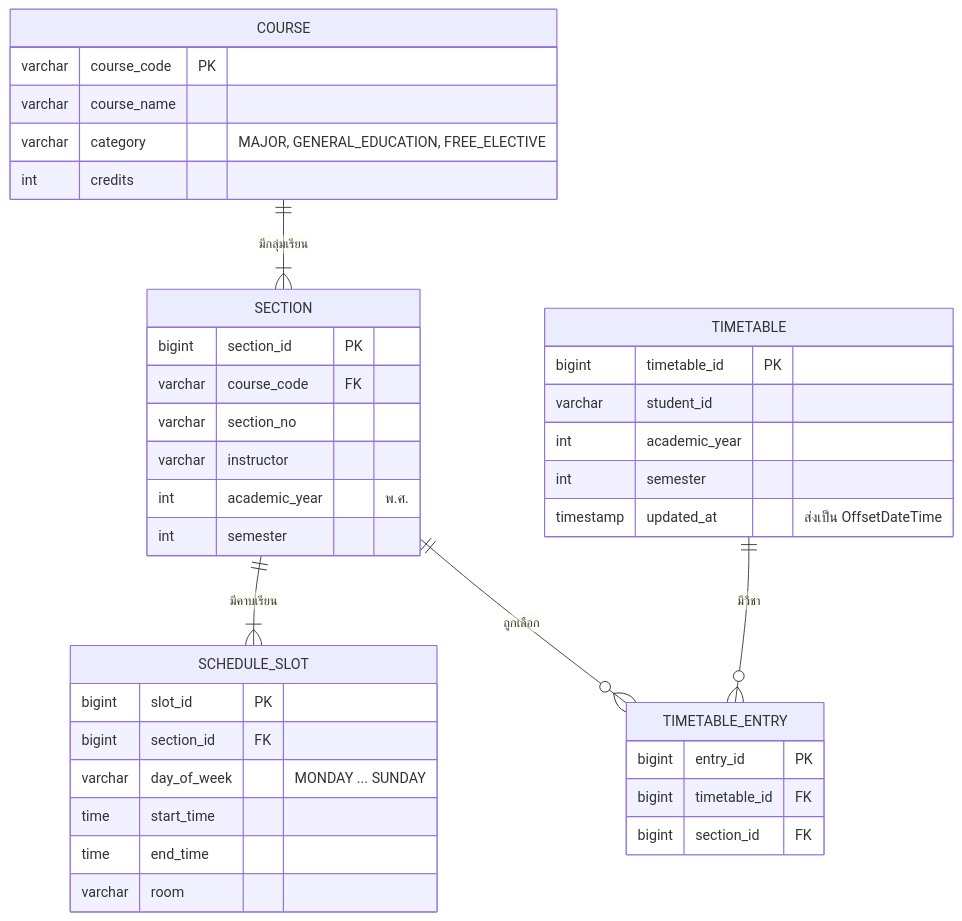
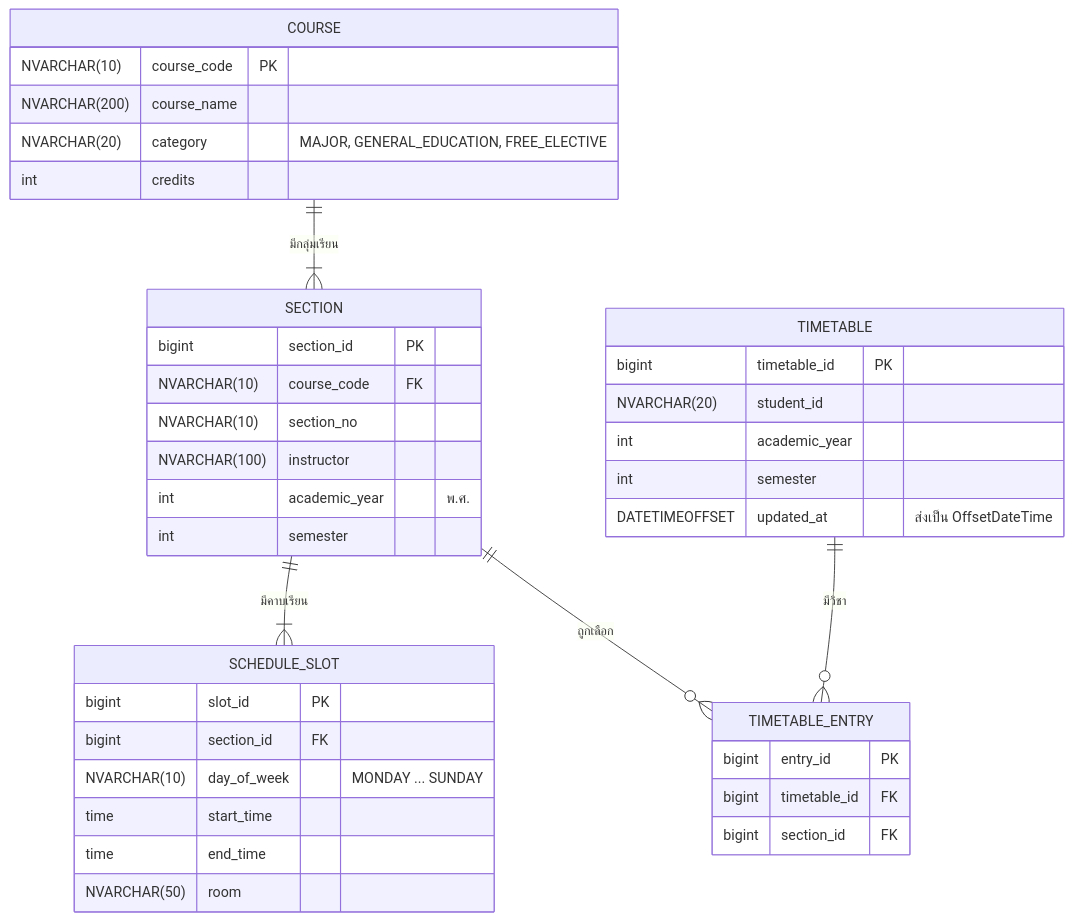
One commit to Non-Sin/CS261-G3-MockTimetableTU changed the diagram in .doc/US1/T06/US1-T06-ER-Diagram.md. Above: the diagram before and after it, drawn with Mermaid. The commit also changed 27 other files, not shown here.

````diff
--- a/.doc/US1/T06/US1-T06-ER-Diagram.md
+++ b/.doc/US1/T06/US1-T06-ER-Diagram.md
@@ -5,42 +5,42 @@
 ```mermaid
 erDiagram
     COURSE ||--|{ SECTION : "มีกลุ่มเรียน"
     SECTION ||--|{ SCHEDULE_SLOT : "มีคาบเรียน"
     TIMETABLE ||--o{ TIMETABLE_ENTRY : "มีวิชา"
     SECTION ||--o{ TIMETABLE_ENTRY : "ถูกเลือก"
 
     COURSE {
-        varchar course_code PK
-        varchar course_name
-        varchar category "MAJOR, GENERAL_EDUCATION, FREE_ELECTIVE"
+        NVARCHAR(10) course_code PK
+        NVARCHAR(200) course_name
+        NVARCHAR(20) category "MAJOR, GENERAL_EDUCATION, FREE_ELECTIVE"
         int credits
     }
     SECTION {
         bigint section_id PK
-        varchar course_code FK
-        varchar section_no
-        varchar instructor
+        NVARCHAR(10) course_code FK
+        NVARCHAR(10) section_no
+        NVARCHAR(100) instructor
         int academic_year "พ.ศ."
         int semester
     }
     SCHEDULE_SLOT {
         bigint slot_id PK
         bigint section_id FK
-        varchar day_of_week "MONDAY ... SUNDAY"
+        NVARCHAR(10) day_of_week "MONDAY ... SUNDAY"
         time start_time
         time end_time
-        varchar room
+        NVARCHAR(50) room
     }
     TIMETABLE {
         bigint timetable_id PK
-        varchar student_id
+        NVARCHAR(20) student_id
         int academic_year
         int semester
-        timestamp updated_at "ส่งเป็น OffsetDateTime"
+        DATETIMEOFFSET updated_at "ส่งเป็น OffsetDateTime"
     }
     TIMETABLE_ENTRY {
         bigint entry_id PK
         bigint timetable_id FK
         bigint section_id FK
     }
 ```
````
